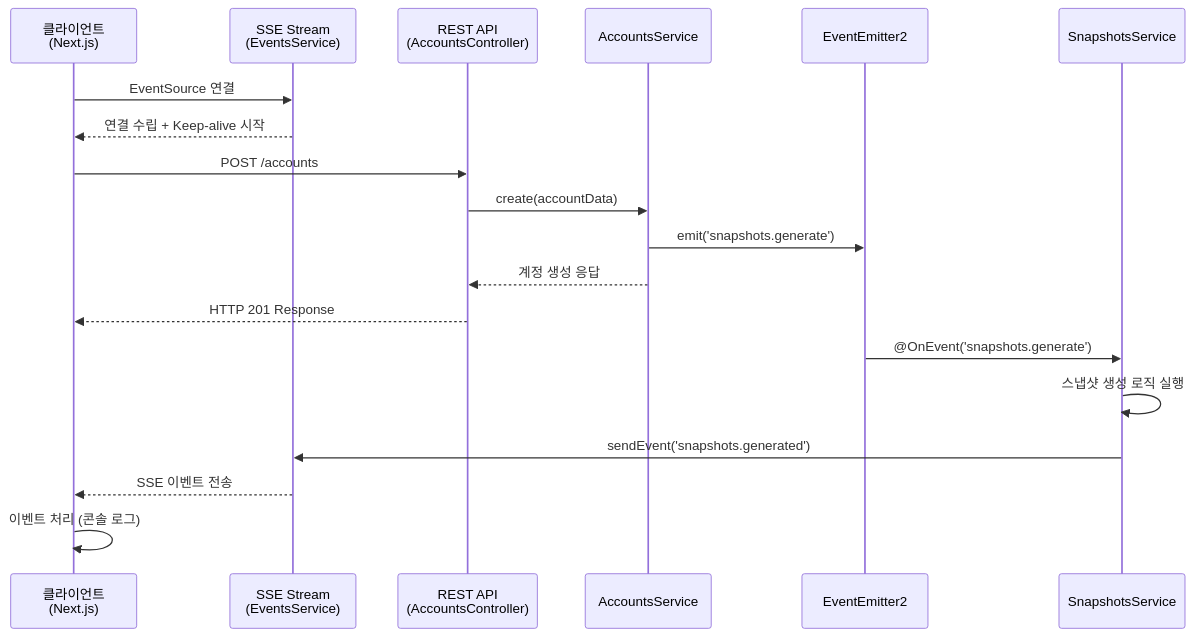
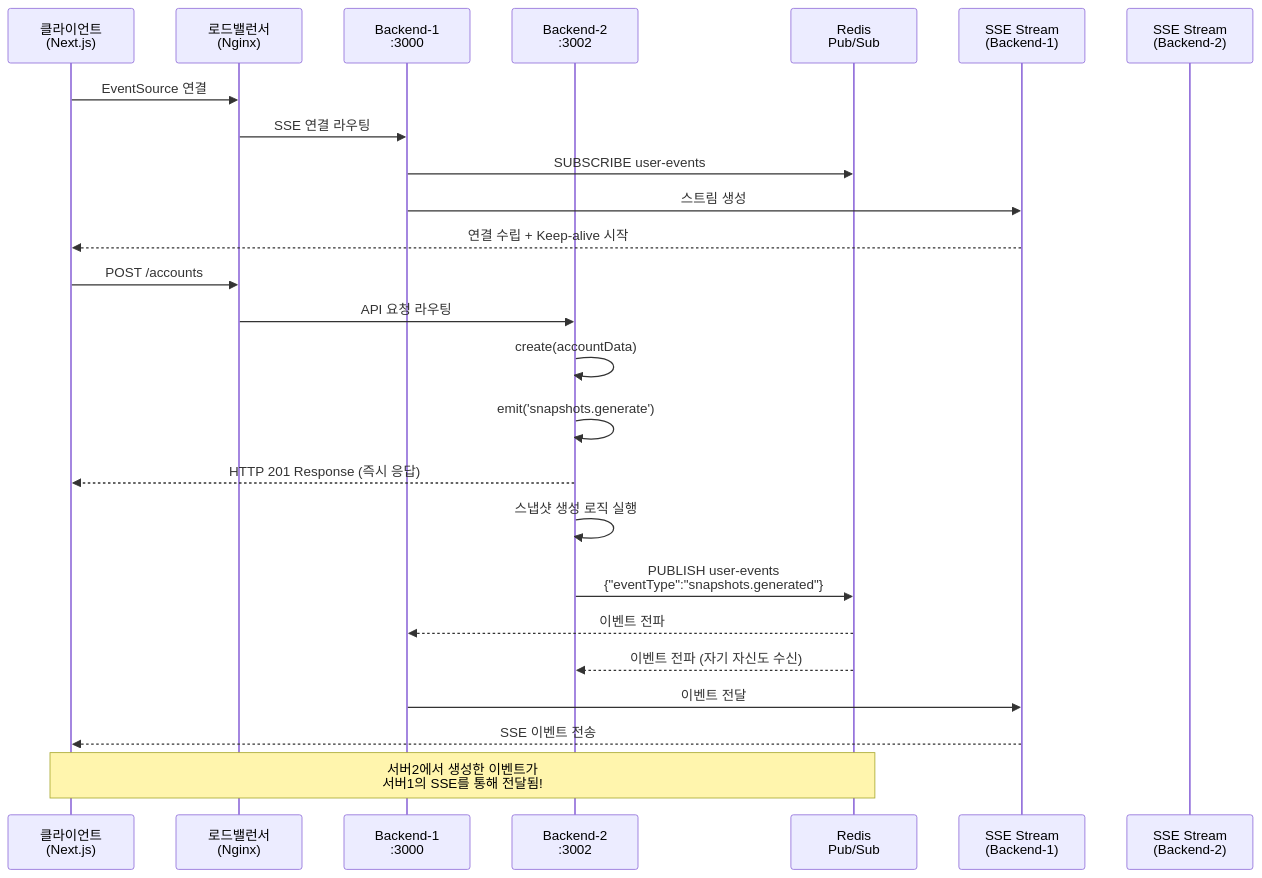
One commit to Jinwook-Song/nest_playground changed the diagram in nestjs-nextjs-event-driven/docs/event-flow.md. Above: the diagram before and after it, drawn with Mermaid. The commit also changed other lines of this file and 17 other files, not shown here.

Commit message:
perf(event): redis pub/sub

````diff
--- a/nestjs-nextjs-event-driven/docs/event-flow.md
+++ b/nestjs-nextjs-event-driven/docs/event-flow.md
@@ -10,31 +10,40 @@
 ```mermaid
 sequenceDiagram
     participant Client as 클라이언트<br/>(Next.js)
-    participant SSE as SSE Stream<br/>(EventsService)
-    participant API as REST API<br/>(AccountsController)
-    participant AccSvc as AccountsService
-    participant EventBus as EventEmitter2
-    participant SnapSvc as SnapshotsService
+    participant LB as 로드밸런서<br/>(Nginx)
+    participant B1 as Backend-1<br/>:3000
+    participant B2 as Backend-2<br/>:3002
+    participant Redis as Redis<br/>Pub/Sub
+    participant SSE1 as SSE Stream<br/>(Backend-1)
+    participant SSE2 as SSE Stream<br/>(Backend-2)
 
     %% 1. 클라이언트 연결
-    Client->>SSE: EventSource 연결
-    SSE-->>Client: 연결 수립 + Keep-alive 시작
+    Client->>LB: EventSource 연결
+    LB->>B1: SSE 연결 라우팅
+    B1->>Redis: SUBSCRIBE user-events
+    B1->>SSE1: 스트림 생성
+    SSE1-->>Client: 연결 수립 + Keep-alive 시작
 
-    %% 2. 계정 생성 요청
-    Client->>API: POST /accounts
-    API->>AccSvc: create(accountData)
+    %% 2. 계정 생성 요청 (다른 서버로)
+    Client->>LB: POST /accounts
+    LB->>B2: API 요청 라우팅
+    B2->>B2: create(accountData)
 
     %% 3. 내부 이벤트 발생
-    AccSvc->>EventBus: emit('snapshots.generate')
-    AccSvc-->>API: 계정 생성 응답
-    API-->>Client: HTTP 201 Response
+    B2->>B2: emit('snapshots.generate')
+    B2-->>Client: HTTP 201 Response (즉시 응답)
 
-    %% 4. 이벤트 처리
-    EventBus->>SnapSvc: @OnEvent('snapshots.generate')
-    SnapSvc->>SnapSvc: 스냅샷 생성 로직 실행
-    SnapSvc->>SSE: sendEvent('snapshots.generated')
+    %% 4. 스냅샷 생성 및 Redis 발행
+    B2->>B2: 스냅샷 생성 로직 실행
+    B2->>Redis: PUBLISH user-events<br/>{"eventType":"snapshots.generated"}
 
-    %% 5. 실시간 알림
-    SSE-->>Client: SSE 이벤트 전송
-    Client->>Client: 이벤트 처리 (콘솔 로그)
+    %% 5. Redis를 통한 모든 서버로 전파
+    Redis-->>B1: 이벤트 전파
+    Redis-->>B2: 이벤트 전파 (자기 자신도 수신)
+
+    %% 6. 실시간 클라이언트 알림
+    B1->>SSE1: 이벤트 전달
+    SSE1-->>Client: SSE 이벤트 전송
+
+    Note over Client,Redis: 서버2에서 생성한 이벤트가<br/>서버1의 SSE를 통해 전달됨!
 ```
````
